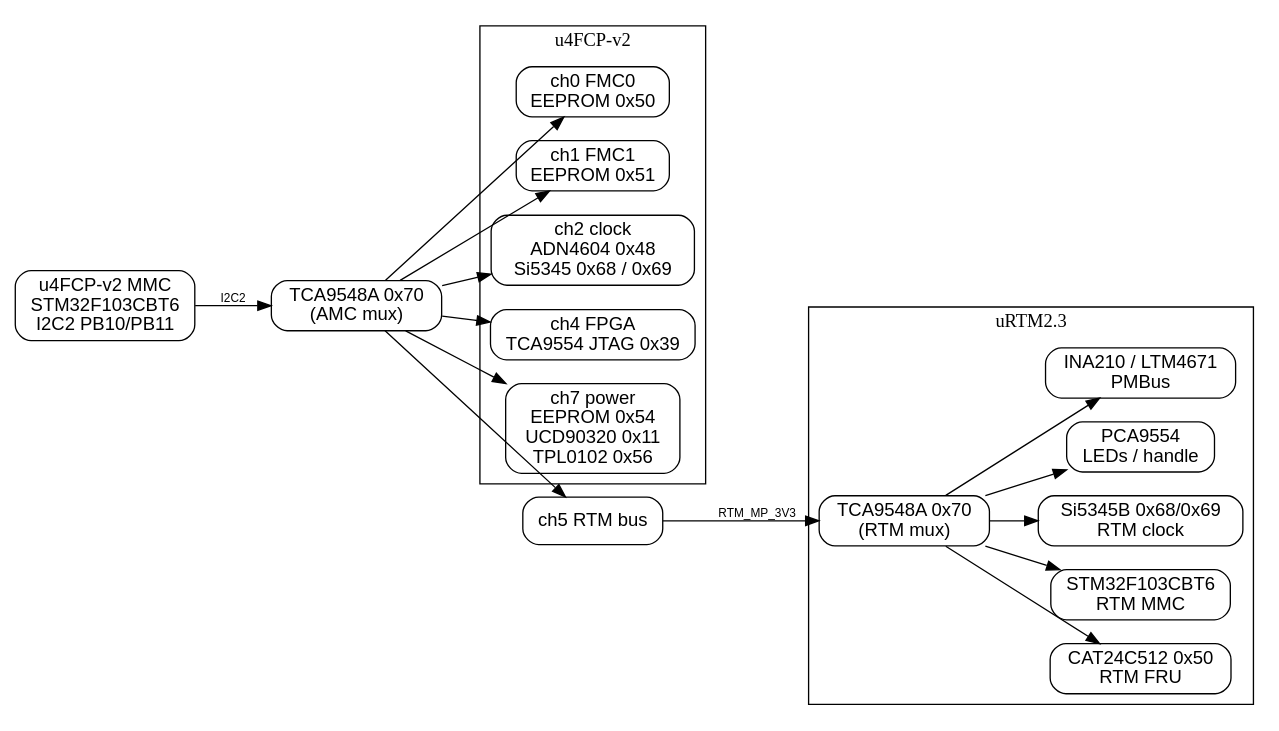
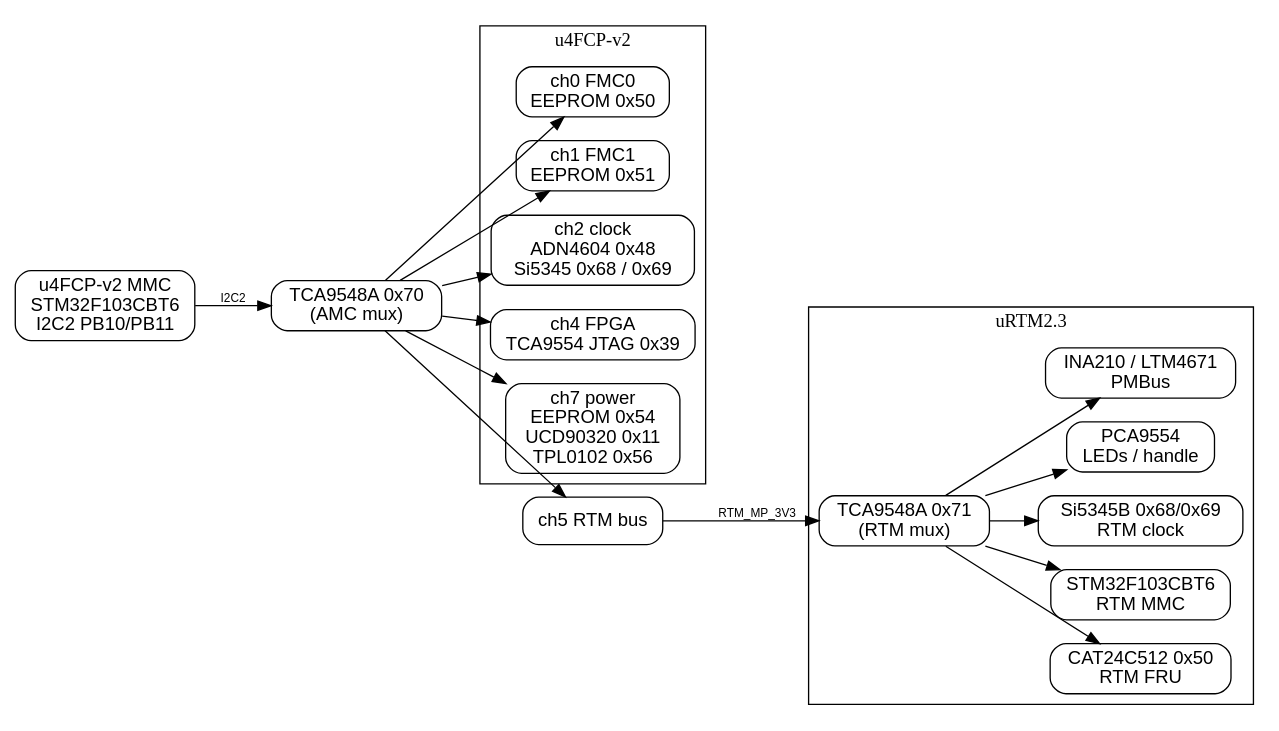
One commit to palzhj/openMMC_uFC changed the diagram in docs/u4fcp-v2-i2c-map.dot. Above: the diagram before and after it, drawn with Graphviz. The commit also changed 1 other file, not shown here.

Commit message:
docs: the uRTM2.3 mux is at 0x71 (not 0x70)

```diff
--- a/docs/u4fcp-v2-i2c-map.dot
+++ b/docs/u4fcp-v2-i2c-map.dot
@@ -1,34 +1,34 @@
 digraph i2c {
   rankdir=LR; bgcolor="white"; splines=false;
   node [shape=box, style="rounded", fontname="Helvetica"];
   edge [fontname="Helvetica", fontsize=9];
 
   mcu [label="u4FCP-v2 MMC\nSTM32F103CBT6\nI2C2 PB10/PB11"];
   mux [label="TCA9548A 0x70\n(AMC mux)"];
 
   mcu -> mux [label="I2C2"];
 
   subgraph cluster_amc {
     label="u4FCP-v2";
     ch0 [label="ch0 FMC0\nEEPROM 0x50"];
     ch1 [label="ch1 FMC1\nEEPROM 0x51"];
     ch2 [label="ch2 clock\nADN4604 0x48\nSi5345 0x68 / 0x69"];
     ch4 [label="ch4 FPGA\nTCA9554 JTAG 0x39"];
     ch7 [label="ch7 power\nEEPROM 0x54\nUCD90320 0x11\nTPL0102 0x56"];
   }
 
   ch5 [label="ch5 RTM bus"];
   mux -> ch0; mux -> ch1; mux -> ch2; mux -> ch4; mux -> ch7; mux -> ch5;
 
   subgraph cluster_rtm {
     label="uRTM2.3";
-    rtmmux [label="TCA9548A 0x70\n(RTM mux)"];
+    rtmmux [label="TCA9548A 0x71\n(RTM mux)"];
     fru [label="CAT24C512 0x50\nRTM FRU"];
     mmc [label="STM32F103CBT6\nRTM MMC"];
     pll [label="Si5345B 0x68/0x69\nRTM clock"];
     io [label="PCA9554\nLEDs / handle"];
     pwr [label="INA210 / LTM4671\nPMBus"];
   }
   ch5 -> rtmmux [label="RTM_MP_3V3"];
   rtmmux -> fru; rtmmux -> mmc; rtmmux -> pll; rtmmux -> io; rtmmux -> pwr;
 }
```
